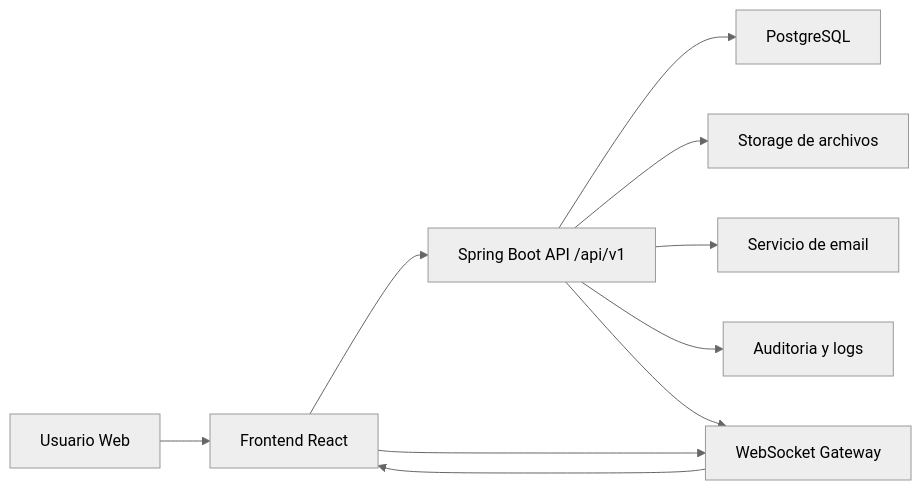
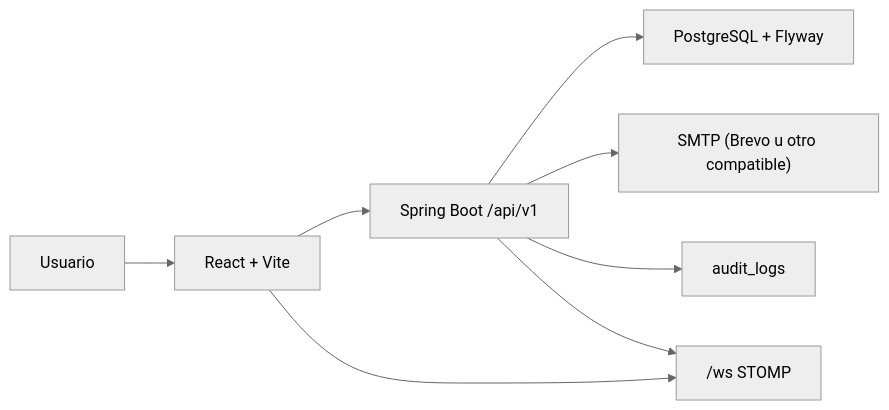
One commit to tuinventarioapp/TuInventario changed the diagram in docs/00-master/04-architecture-overview.md. Above: the diagram before and after it, drawn with Mermaid (neutral theme). The commit also changed other lines of this file and 50 other files, not shown here.

````diff
--- a/docs/00-master/04-architecture-overview.md
+++ b/docs/00-master/04-architecture-overview.md
@@ -22,12 +22,10 @@
 ```mermaid
 flowchart LR
-    U["Usuario Web"] --> FE["Frontend React"]
-    FE --> API["Spring Boot API /api/v1"]
-    FE --> WS["WebSocket Gateway"]
-    API --> DB["PostgreSQL"]
-    API --> FILES["Storage de archivos"]
-    API --> MAIL["Servicio de email"]
-    API --> AUDIT["Auditoria y logs"]
-    WS --> FE
+    U["Usuario"] --> FE["React + Vite"]
+    FE --> API["Spring Boot /api/v1"]
+    FE --> WS["/ws STOMP"]
+    API --> DB["PostgreSQL + Flyway"]
+    API --> MAIL["SMTP (Brevo u otro compatible)"]
+    API --> AUDIT["audit_logs"]
     API --> WS
 ```
````
